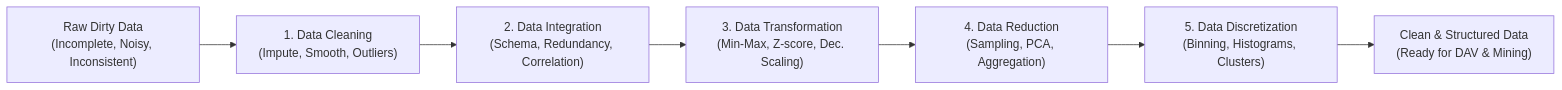
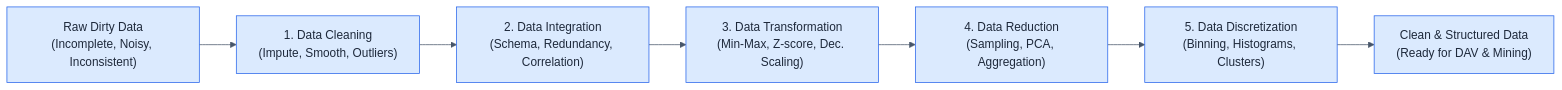
The diagram in notes/data_analysis/Chapter5_Data_Preprocessing.md (DeepLumiere/DeepSkills), drawn with Mermaid before and after one commit. The commit also changed other lines of this file and 40 other files, not shown here.

````diff
--- a/notes/data_analysis/Chapter5_Data_Preprocessing.md
+++ b/notes/data_analysis/Chapter5_Data_Preprocessing.md
@@ -47,9 +47,10 @@
 ```mermaid
+%%{init: {'theme': 'base', 'themeVariables': {'primaryColor': '#dbeafe', 'primaryBorderColor': '#2563eb', 'primaryTextColor': '#1e293b', 'lineColor': '#475569', 'edgeLabelBackground': '#ffffff', 'clusterBkg': '#eff6ff', 'clusterBorder': '#93c5fd'}} }%%
 flowchart LR
     Raw["Raw Dirty Data<br/>(Incomplete, Noisy, Inconsistent)"] --> Clean["1. Data Cleaning<br/>(Impute, Smooth, Outliers)"]
     Clean --> Integ["2. Data Integration<br/>(Schema, Redundancy, Correlation)"]
     Integ --> Trans["3. Data Transformation<br/>(Min-Max, Z-score, Dec. Scaling)"]
     Trans --> Red["4. Data Reduction<br/>(Sampling, PCA, Aggregation)"]
     Red --> Disc["5. Data Discretization<br/>(Binning, Histograms, Clusters)"]
     Disc --> Ready["Clean & Structured Data<br/>(Ready for DAV & Mining)"]
 ```
````
